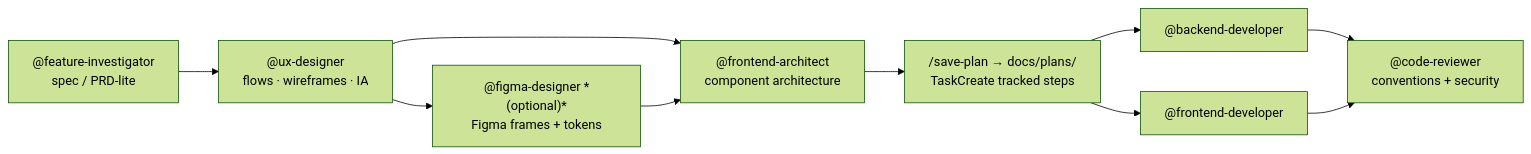
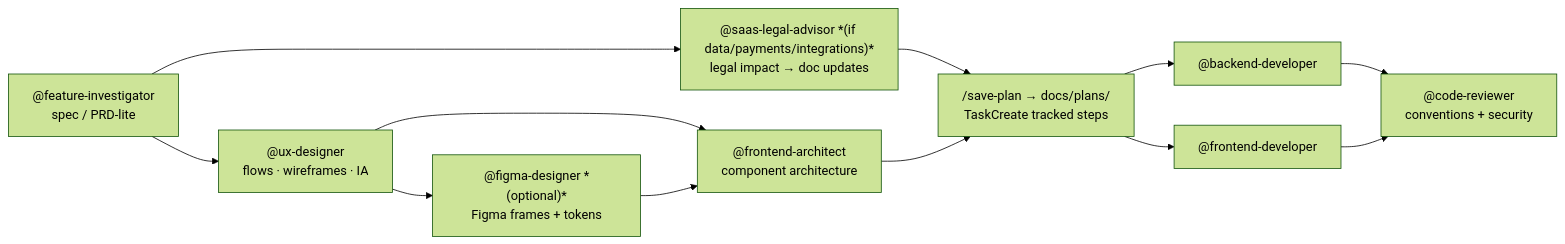
One commit to addit-digital/addit-harness changed the diagram in README.md. Above: the diagram before and after it, drawn with Mermaid (forest theme). The commit also changed other lines of this file and 2 other files, not shown here.

First line of the commit message:
feat: add @saas-legal-advisor subagent and reposition README as full product kit (#19)

````diff
--- a/README.md
+++ b/README.md
@@ -144,20 +155,23 @@
 ```mermaid
 flowchart LR
   FI["@feature-investigator\nspec / PRD-lite"]
+  LA["@saas-legal-advisor *(if data/payments/integrations)*\nlegal impact → doc updates"]
   UX["@ux-designer\nflows · wireframes · IA"]
   FG["@figma-designer *(optional)*\nFigma frames + tokens"]
   FA["@frontend-architect\ncomponent architecture"]
   SP["/save-plan → docs/plans/\nTaskCreate tracked steps"]
   BD["@backend-developer"]
   FE["@frontend-developer"]
   CR["@code-reviewer\nconventions + security"]
 
+  FI --> LA
   FI --> UX
+  LA --> SP
   UX --> FG
   UX --> FA
   FG --> FA
   FA --> SP
   SP --> BD & FE
   BD --> CR
   FE --> CR
 ```
````
